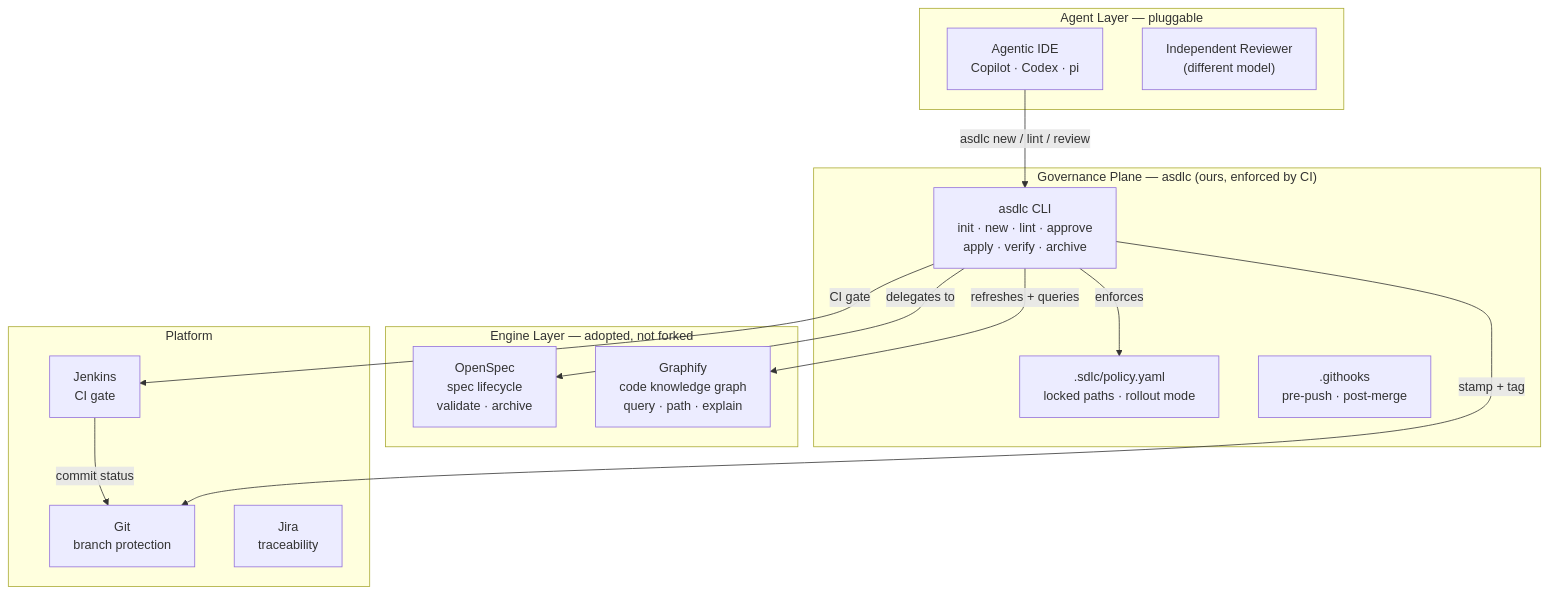
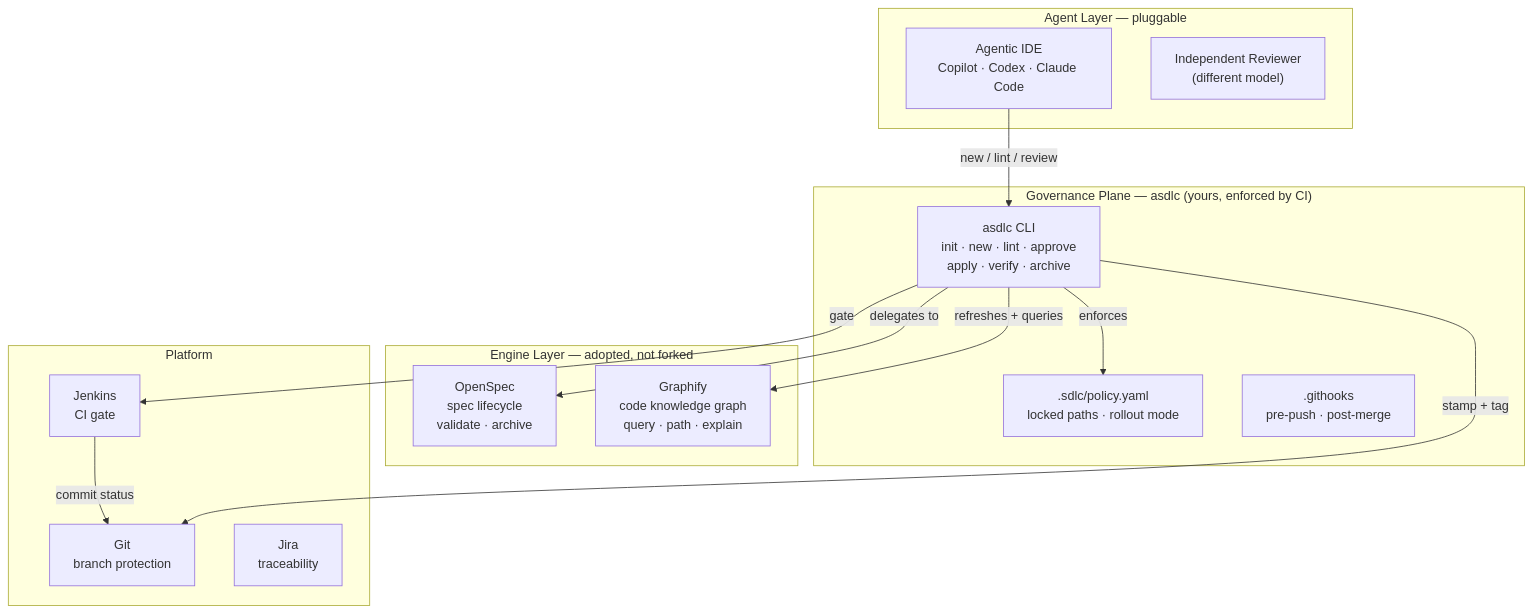
Before and after one commit to akjamie/agentic-sdlc: the first of 3 diagrams in README.md, drawn with Mermaid. The commit also changed other lines of this file and 5 other files, not shown here.

````diff
--- a/README.md
+++ b/README.md
@@ -10,32 +45,32 @@
 ```mermaid
 graph TB
-    subgraph gov ["Governance Plane — asdlc (ours, enforced by CI)"]
+    subgraph gov ["Governance Plane — asdlc (yours, enforced by CI)"]
         asdlc["asdlc CLI<br/>init · new · lint · approve<br/>apply · verify · archive"]
         policy[".sdlc/policy.yaml<br/>locked paths · rollout mode"]
         hooks[".githooks<br/>pre-push · post-merge"]
     end
 
     subgraph engine ["Engine Layer — adopted, not forked"]
         openspec["OpenSpec<br/>spec lifecycle<br/>validate · archive"]
         graphify["Graphify<br/>code knowledge graph<br/>query · path · explain"]
     end
 
     subgraph agent ["Agent Layer — pluggable"]
-        ide["Agentic IDE<br/>Copilot · Codex · pi"]
+        ide["Agentic IDE<br/>Copilot · Codex · Claude Code"]
         reviewer["Independent Reviewer<br/>(different model)"]
     end
 
     subgraph platform ["Platform"]
         git["Git<br/>branch protection"]
         jenkins["Jenkins<br/>CI gate"]
         jira["Jira<br/>traceability"]
     end
 
-    ide -->|"asdlc new / lint / review"| asdlc
+    ide -->|"new / lint / review"| asdlc
     asdlc -->|"delegates to"| openspec
     asdlc -->|"refreshes + queries"| graphify
     asdlc -->|"enforces"| policy
-    asdlc -->|"CI gate"| jenkins
+    asdlc -->|"gate"| jenkins
     jenkins -->|"commit status"| git
     asdlc -->|"stamp + tag"| git
 ```
````
